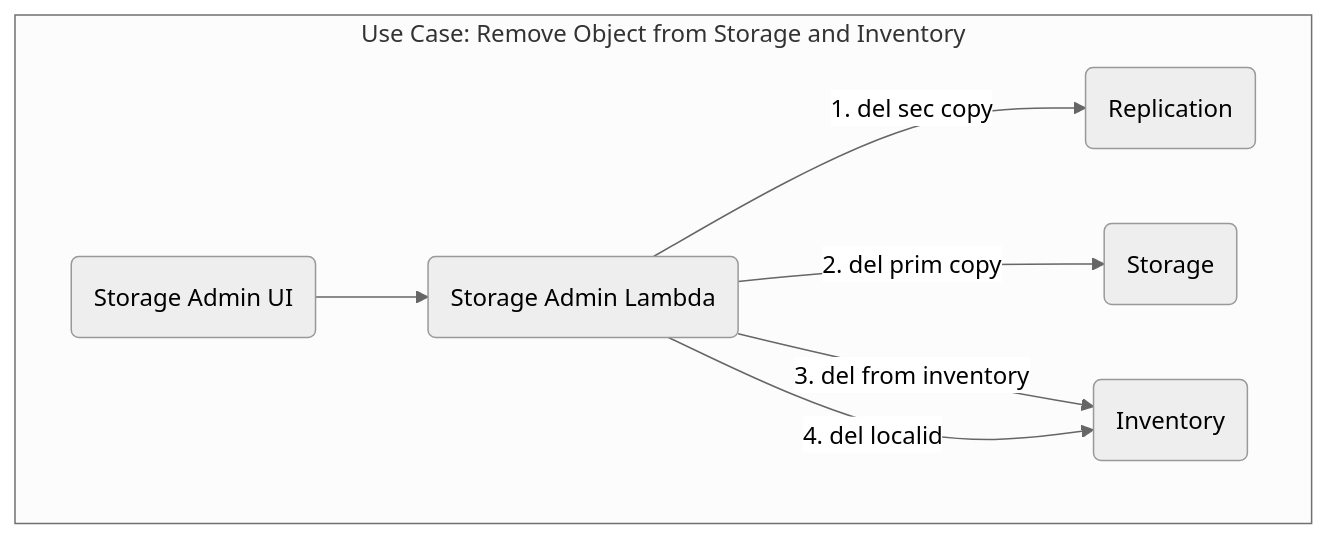
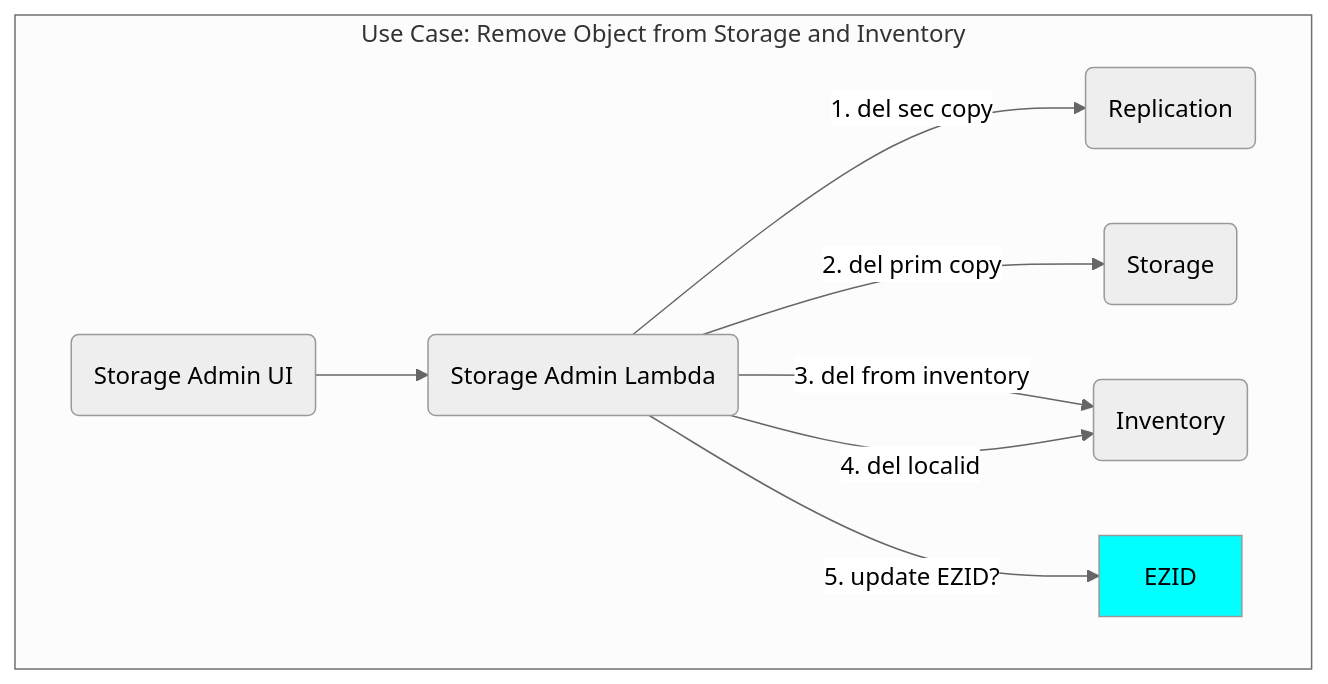
The diagram in diagrams/store-admin-del-node-obj.mmd (CDLUC3/mrt-doc), drawn with Mermaid before and after one commit. The commit also changed 9 other files, not shown here.

```diff
--- a/diagrams/store-admin-del-node-obj.mmd
+++ b/diagrams/store-admin-del-node-obj.mmd
@@ -1,15 +1,19 @@
 %%{init: {'theme': 'neutral', 'securityLevel': 'loose'}}%%
 graph TD
   SAUI("Storage Admin UI")
   SA("Storage Admin Lambda")
   REPLIC(Replication)
   ST(Storage)
   INV(Inventory)
+  EZID
 
   subgraph "Use Case: Remove Object from Storage and Inventory"
     SAUI-->SA
     SA-->|"1. del sec copy"|REPLIC
     SA-->|"2. del prim copy"|ST
     SA-->|"3. del from inventory"|INV
     SA-->|"4. del localid"|INV
+    SA-->|"5. update EZID?"|EZID
   end  
+
+  style EZID fill:cyan
```
